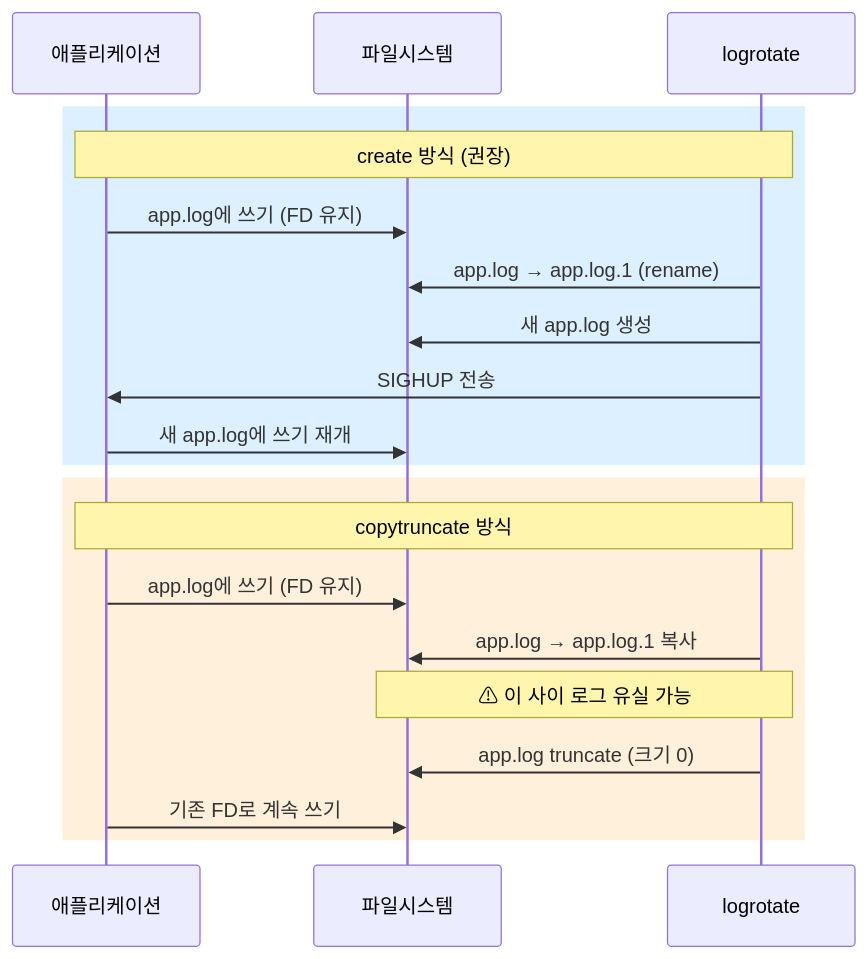
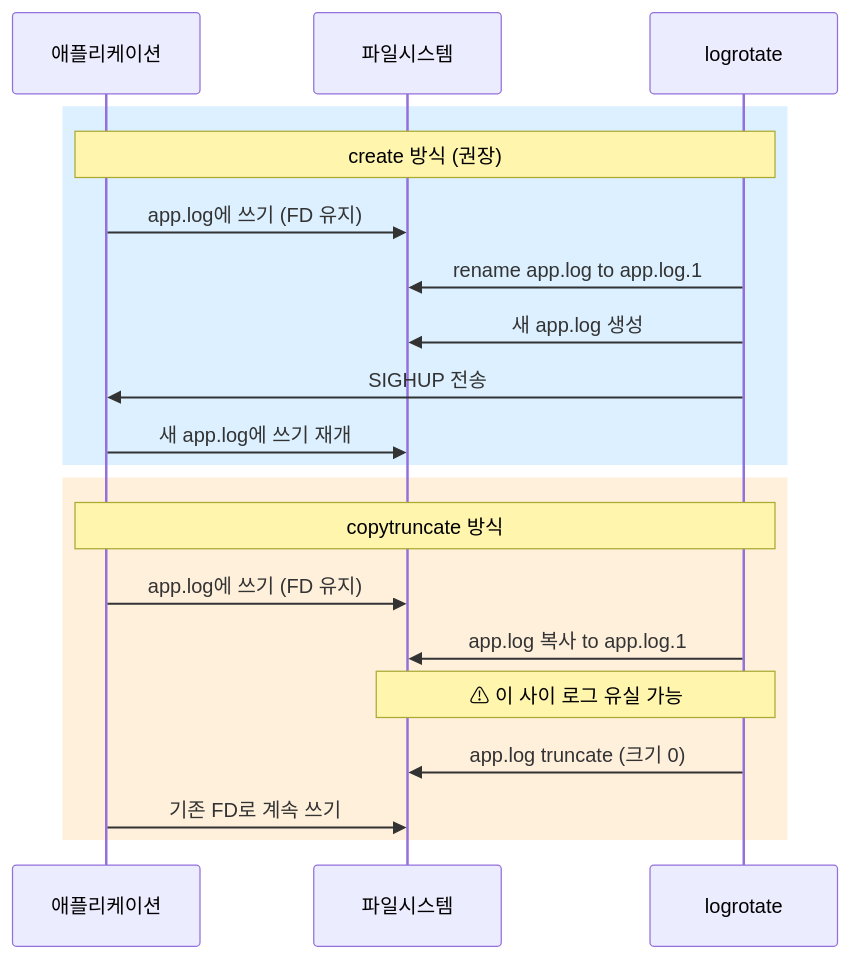
The third of 4 diagrams in content/linux/logging/log-rotation.md (moonblueblue/devops-wiki), drawn with Mermaid before and after one commit. The commit also changed other lines of this file and 12 other files, not shown here.

First line of the commit message:
style: linux 섹션 전체 ASCII art 제거 및 Mermaid 규칙 적용

````diff
--- a/content/linux/logging/log-rotation.md
+++ b/content/linux/logging/log-rotation.md
@@ -81,24 +89,24 @@
 ```mermaid
 sequenceDiagram
     participant App as 애플리케이션
     participant FS as 파일시스템
     participant LR as logrotate
 
     rect rgb(220, 240, 255)
         note over App,LR: create 방식 (권장)
         App->>FS: app.log에 쓰기 (FD 유지)
-        LR->>FS: app.log → app.log.1 (rename)
+        LR->>FS: rename app.log to app.log.1
         LR->>FS: 새 app.log 생성
         LR->>App: SIGHUP 전송
         App->>FS: 새 app.log에 쓰기 재개
     end
 
     rect rgb(255, 240, 220)
         note over App,LR: copytruncate 방식
         App->>FS: app.log에 쓰기 (FD 유지)
-        LR->>FS: app.log → app.log.1 복사
+        LR->>FS: app.log 복사 to app.log.1
         note over LR,FS: ⚠ 이 사이 로그 유실 가능
         LR->>FS: app.log truncate (크기 0)
         App->>FS: 기존 FD로 계속 쓰기
     end
 ```
````
